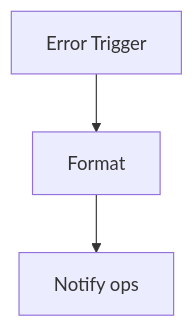
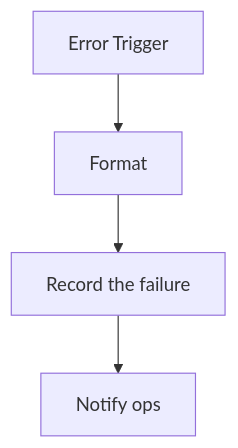
The diagram in Docs/generated/workflows/WF-00.md (servetechg/Palmleaf-AI-Receptionist), drawn with Mermaid before and after one commit. The commit also changed other lines of this file and 238 other files, not shown here.

````diff
--- a/Docs/generated/workflows/WF-00.md
+++ b/Docs/generated/workflows/WF-00.md
@@ -13,8 +17,10 @@
 ```mermaid
 flowchart TD
     n0[Error Trigger]
     n1[Format]
-    n2[Notify ops]
+    n2[Record the failure]
+    n3[Notify ops]
     n0 -->n1
     n1 -->n2
+    n2 -->n3
 ```
````
